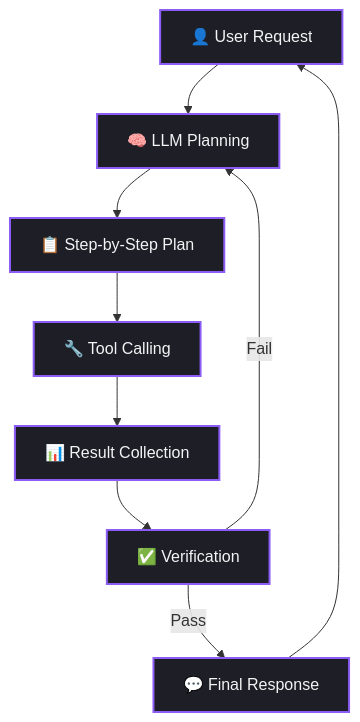
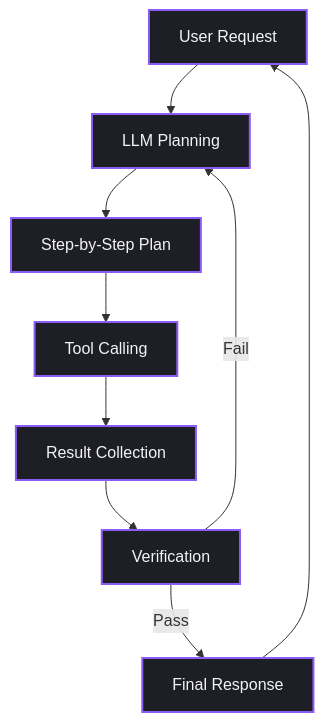
One commit to Rabetul-islam-asif/AI-Hand-Book changed the sixth of 7 diagrams in handbook/chapter_33.md. Above: the diagram before and after it, drawn with Mermaid. The commit also changed other lines of this file and 1 other file, not shown here.

````diff
--- a/handbook/chapter_33.md
+++ b/handbook/chapter_33.md
@@ -190,13 +190,13 @@
 ```mermaid
 flowchart TD
-    A["👤 User Request"] --> B["🧠 LLM Planning"]
-    B --> C["📋 Step-by-Step Plan"]
-    C --> D["🔧 Tool Calling"]
-    D --> E["📊 Result Collection"]
-    E --> F["✅ Verification"]
-    F -->|"Pass"| G["💬 Final Response"]
+    A[" User Request"] --> B[" LLM Planning"]
+    B --> C[" Step-by-Step Plan"]
+    C --> D[" Tool Calling"]
+    D --> E[" Result Collection"]
+    E --> F[" Verification"]
+    F -->|"Pass"| G[" Final Response"]
     F -->|"Fail"| B
     G --> A
 
     classDef default fill:#1E1E26,stroke:#8B5CF6,stroke-width:2px,color:#F3F4F6;
 ```
````
